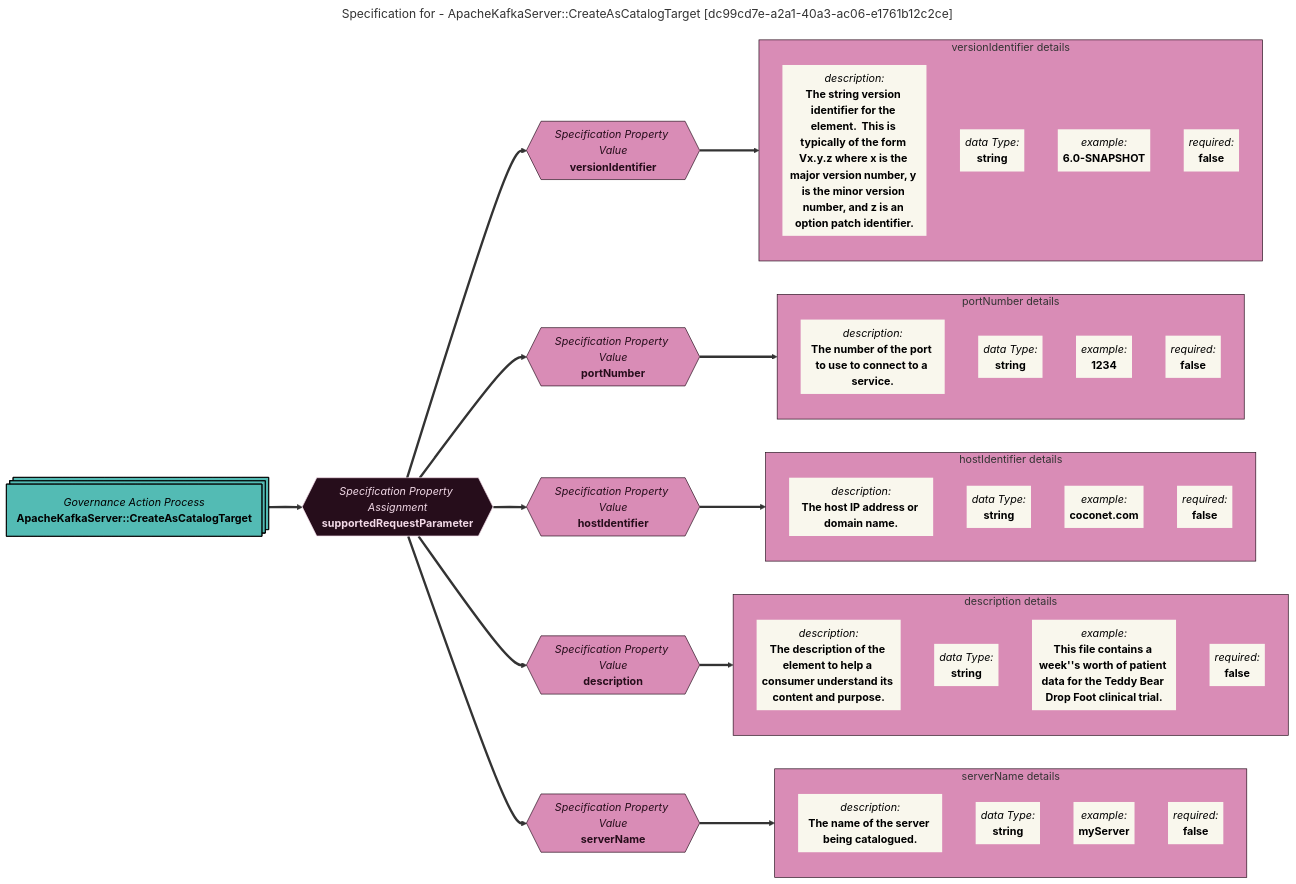
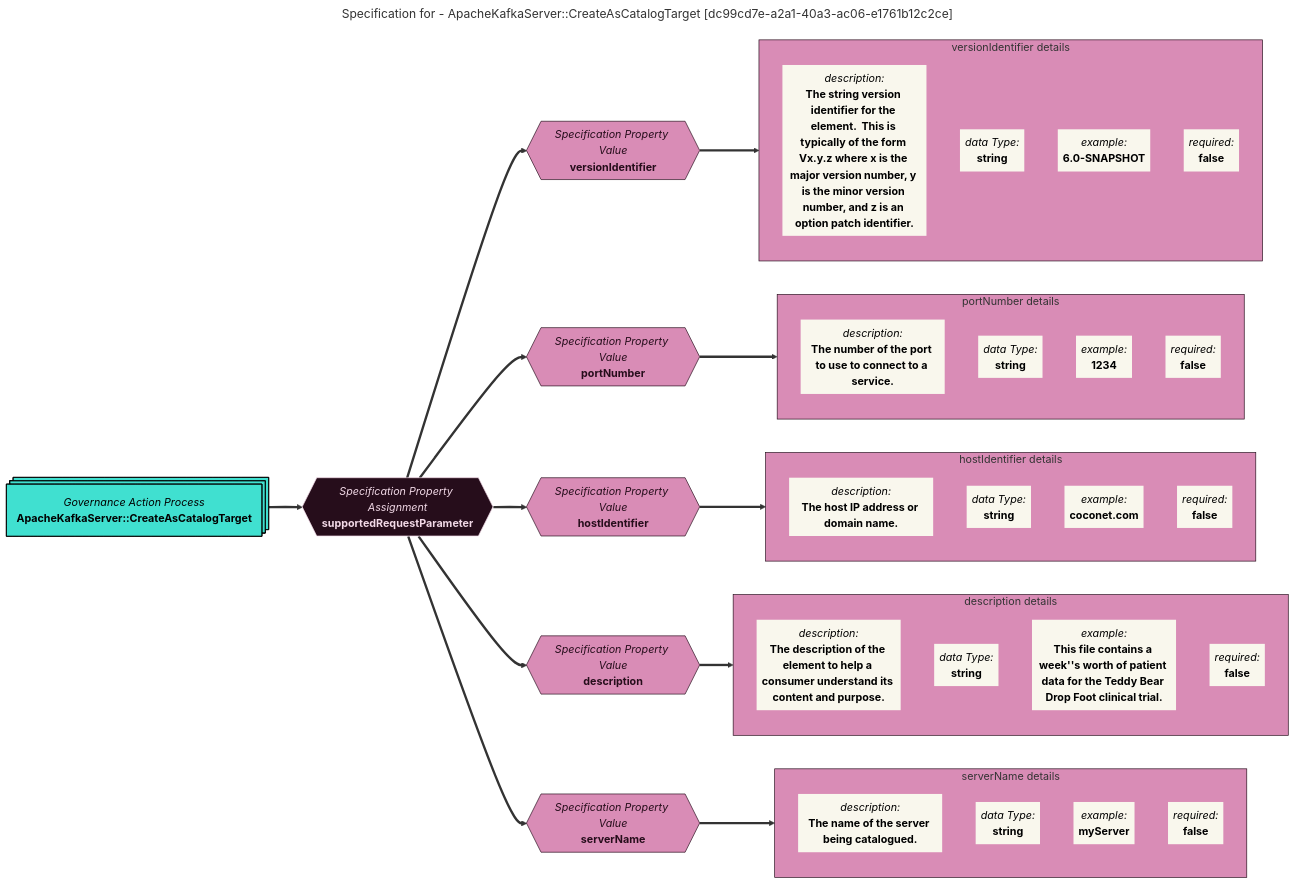
Before and after one commit to odpi/egeria-docs: the diagram in site/snippets/governance-action-processes/apachekafkaserver::createascatalogtarget-specification-mermaid-graph.md, drawn with Mermaid. The commit also changed 2201 other files, not shown here.

```diff
--- a/site/snippets/governance-action-processes/apachekafkaserver::createascatalogtarget-specification-mermaid-graph.md
+++ b/site/snippets/governance-action-processes/apachekafkaserver::createascatalogtarget-specification-mermaid-graph.md
@@ -101,7 +101,7 @@
 style 17 color:#000000, fill:#F9F7ED, stroke:#b7c0c7
 style 18 color:#000000, fill:#F9F7ED, stroke:#b7c0c7
 style 19 color:#000000, fill:#F9F7ED, stroke:#b7c0c7
-style 1 color:#000000, fill:#53bbb4, stroke:#000000
+style 1 color:#000000, fill:#40E0D0, stroke:#000000
 style 2 color:#f2d9e7, fill:#260d1b, stroke:#f2d9e7
 style 3 color:#260d1b, fill:#d98cb6, stroke:#260d1b
 style 4 color:#260d1b, fill:#d98cb6, stroke:#260d1b
```
